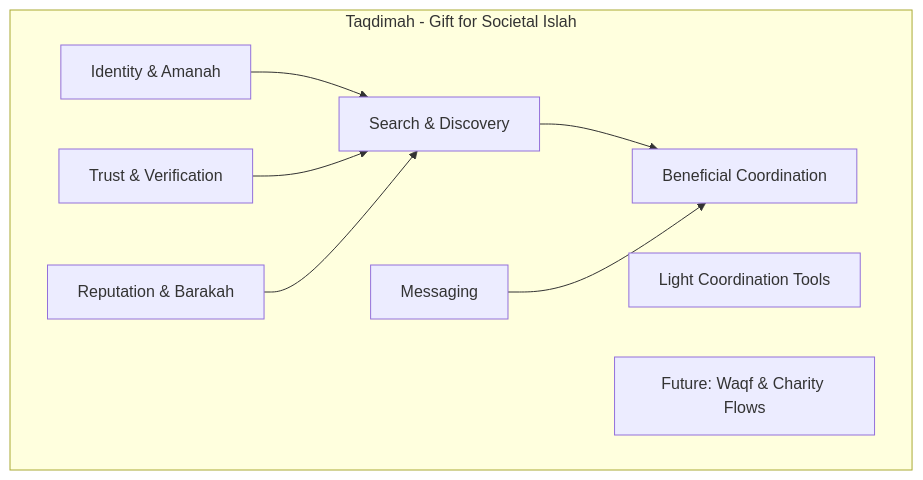
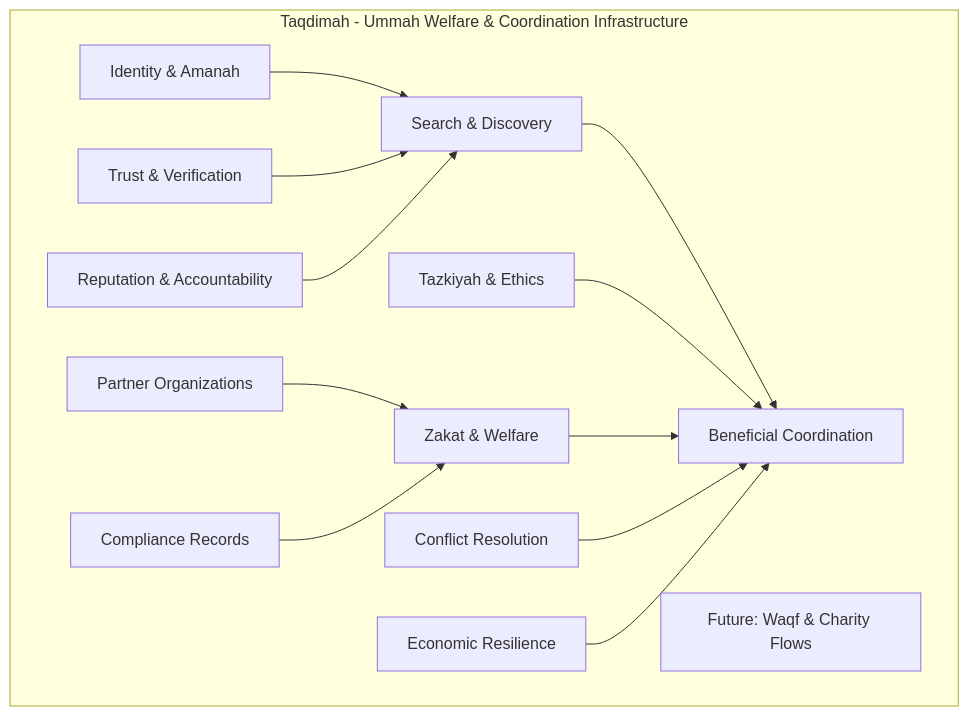
One commit to Mahir101/Taqdimah changed the second of 3 diagrams in README.md. Above: the diagram before and after it, drawn with Mermaid. The commit also changed other lines of this file and 8 other files, not shown here.

````diff
--- a/README.md
+++ b/README.md
@@ -109,17 +201,26 @@
 ```mermaid
 flowchart TB
-    subgraph Layers["Taqdimah - Gift for Societal Islah"]
+    subgraph Layers["Taqdimah - Ummah Welfare & Coordination Infrastructure"]
         L1[Identity & Amanah]
         L2[Search & Discovery]
         L3[Trust & Verification]
-        L4[Reputation & Barakah]
-        L5["Beneficial Coordination"]
-        L6[Messaging]
-        L7[Light Coordination Tools]
-        L8["Future: Waqf & Charity Flows"]
+        L4[Reputation & Accountability]
+        L5[Beneficial Coordination]
+        L6[Tazkiyah & Ethics]
+        L7[Partner Organizations]
+        L8[Zakat & Welfare]
+        L9[Conflict Resolution]
+        L10[Economic Resilience]
+        L11[Compliance Records]
+        L12["Future: Waqf & Charity Flows"]
     end
     L1 --> L2 --> L5
     L3 --> L2
     L4 --> L2
     L6 --> L5
+    L7 --> L8
+    L8 --> L5
+    L9 --> L5
+    L10 --> L5
+    L11 --> L8
 ```
````
